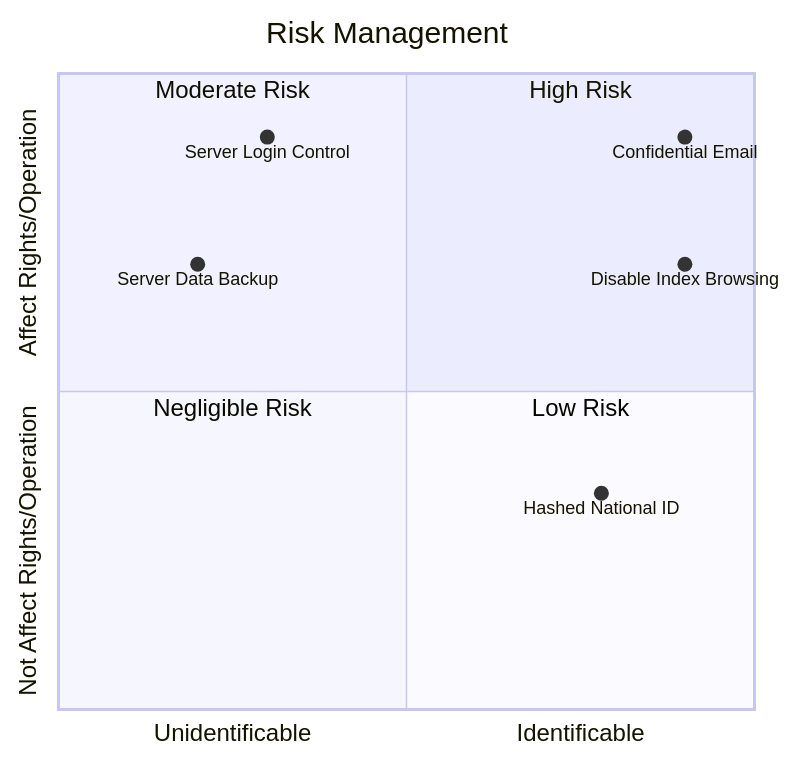
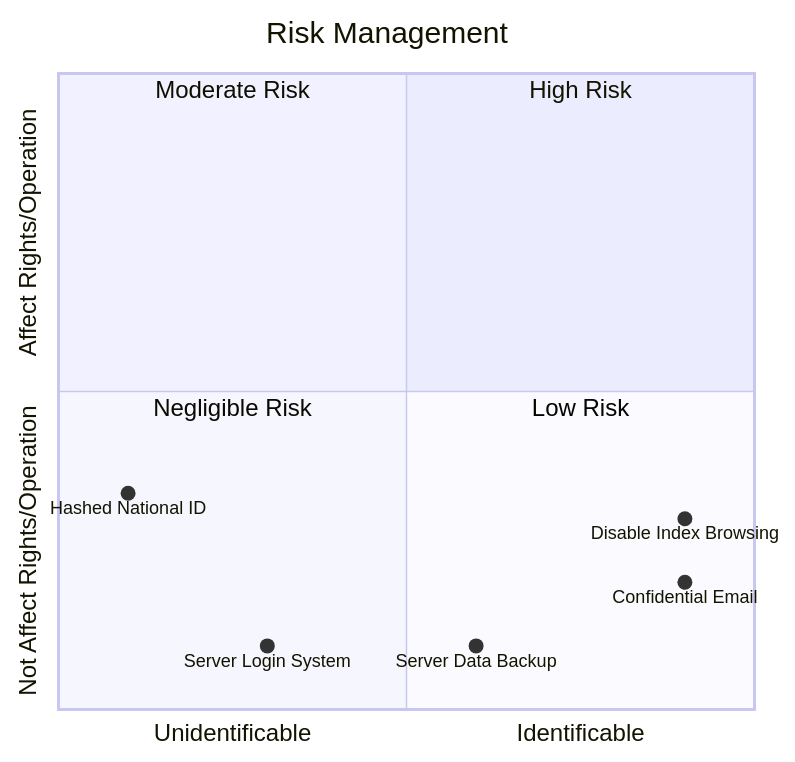
Before and after one commit to Kietpawpan/pdpa: the fifth of 5 diagrams in README.md, drawn with Mermaid.

````diff
--- a/README.md
+++ b/README.md
@@ -107,15 +107,15 @@
 ```mermaid
 quadrantChart
     title Risk Management
     x-axis Unidentificable --> Identificable
     y-axis Not Affect Rights/Operation --> Affect Rights/Operation
     quadrant-1 High Risk
     quadrant-2 Moderate Risk
     quadrant-3 Negligible Risk
     quadrant-4 Low Risk
-	Server Login Control: [0.3, 0.9]
-    	Confidential Email: [0.9, 0.9]
-    Disable Index Browsing: [0.9, 0.7]
-    Hashed National ID: [0.78, 0.34]
-    Server Data Backup: [0.2, 0.7]
+	Server Login System: [0.3, 0.1]
+    	Confidential Email: [0.9, 0.2]
+    Disable Index Browsing: [0.9, 0.3]
+    Hashed National ID: [0.1, 0.34]
+    Server Data Backup: [0.6, 0.1]
 ```
````
